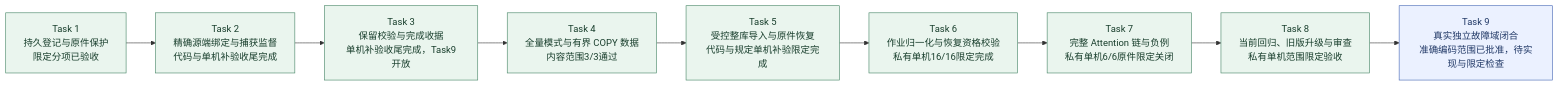
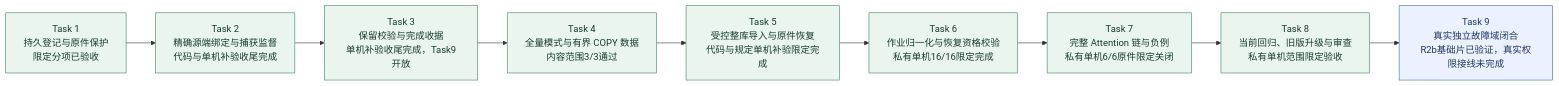
The second of 9 diagrams in docs/KnowWeave实施路线与系统架构.md (MansurnamedZhang/learning-system-p0c4), drawn with Mermaid before and after one commit. The commit also changed other lines of this file and 18 other files, not shown here.

````diff
--- a/docs/KnowWeave实施路线与系统架构.md
+++ b/docs/KnowWeave实施路线与系统架构.md
@@ -80,25 +80,25 @@
 ```mermaid
 flowchart LR
     C4T1["Task 1<br/>持久登记与原件保护<br/>限定分项已验收"]
     C4T2["Task 2<br/>精确源端绑定与捕获监督<br/>代码与单机补验收尾完成"]
     C4T3["Task 3<br/>保留校验与完成收据<br/>单机补验收尾完成，Task9开放"]
     C4T4["Task 4<br/>全量模式与有界 COPY 数据<br/>内容范围3/3通过"]
     C4T5["Task 5<br/>受控整库导入与原件恢复<br/>代码与规定单机补验限定完成"]
     C4T6["Task 6<br/>作业归一化与恢复资格校验<br/>私有单机16/16限定完成"]
     C4T7["Task 7<br/>完整 Attention 链与负例<br/>私有单机6/6原件限定关闭"]
     C4T8["Task 8<br/>当前回归、旧版升级与审查<br/>私有单机范围限定验收"]
-    C4T9["Task 9<br/>真实独立故障域闭合<br/>准确编码范围已批准，待实现与限定检查"]
+    C4T9["Task 9<br/>真实独立故障域闭合<br/>R2b基础片已验证，真实权限接线未完成"]
     C4T1 --> C4T2
     C4T2 --> C4T3
     C4T3 --> C4T4
     C4T4 --> C4T5
     C4T5 --> C4T6
     C4T6 --> C4T7
     C4T7 --> C4T8
     C4T8 --> C4T9
     class C4T1,C4T2,C4T3,C4T4,C4T5,C4T6,C4T7,C4T8 done
     class C4T9 next
     classDef done fill:#eaf5ee,stroke:#438363,color:#173d2b
     classDef next fill:#ebf1ff,stroke:#4365b4,color:#203866
     classDef planned fill:#f2f4f8,stroke:#8591a3,color:#28354b
 ```
````
